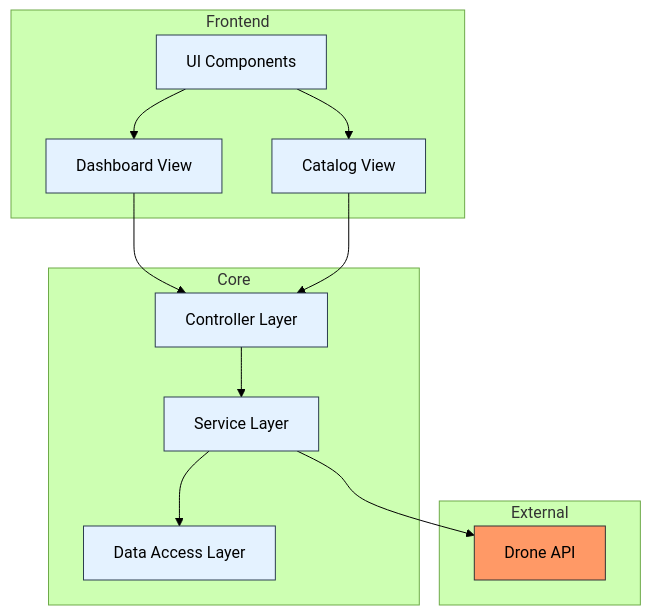
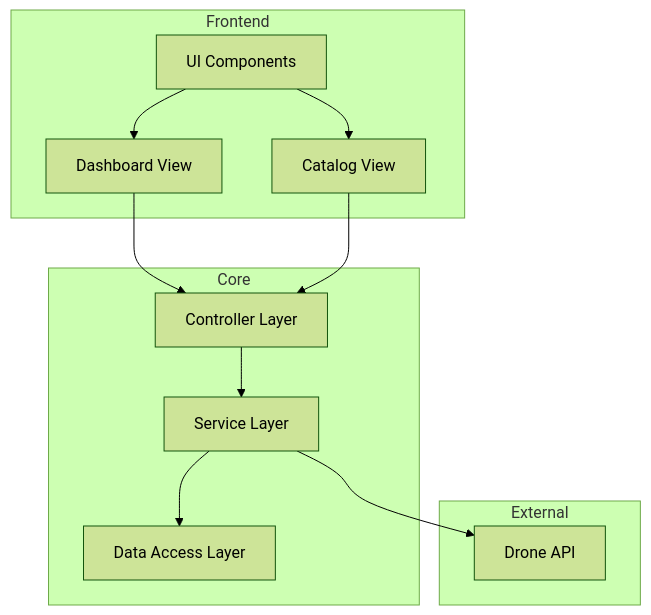
The diagram in README.md (Code-Hauptwache/DroneDeck), drawn with Mermaid (forest theme) before and after one commit.

````diff
--- a/README.md
+++ b/README.md
@@ -11,31 +72,26 @@
 ```mermaid
 graph TD
     subgraph "Frontend"
         UI[UI Components]
         Dashboard[Dashboard View]
         Catalog[Catalog View]
     end
 
     subgraph "Core"
         Controller[Controller Layer]
         Services[Service Layer]
         DataAccess[Data Access Layer]
     end
 
     subgraph "External"
         API[Drone API]
-        style API fill:#f96, stroke:#333
     end
 
     UI --> Dashboard
     UI --> Catalog
     Dashboard --> Controller
     Catalog --> Controller
     Controller --> Services
     Services --> DataAccess
     Services --> API
-
-    classDef default fill:#e4f2ff,stroke:#2c3e50
-    classDef external fill:#f5e2d8,stroke:#2c3e50
-    class API external
 ```
````
